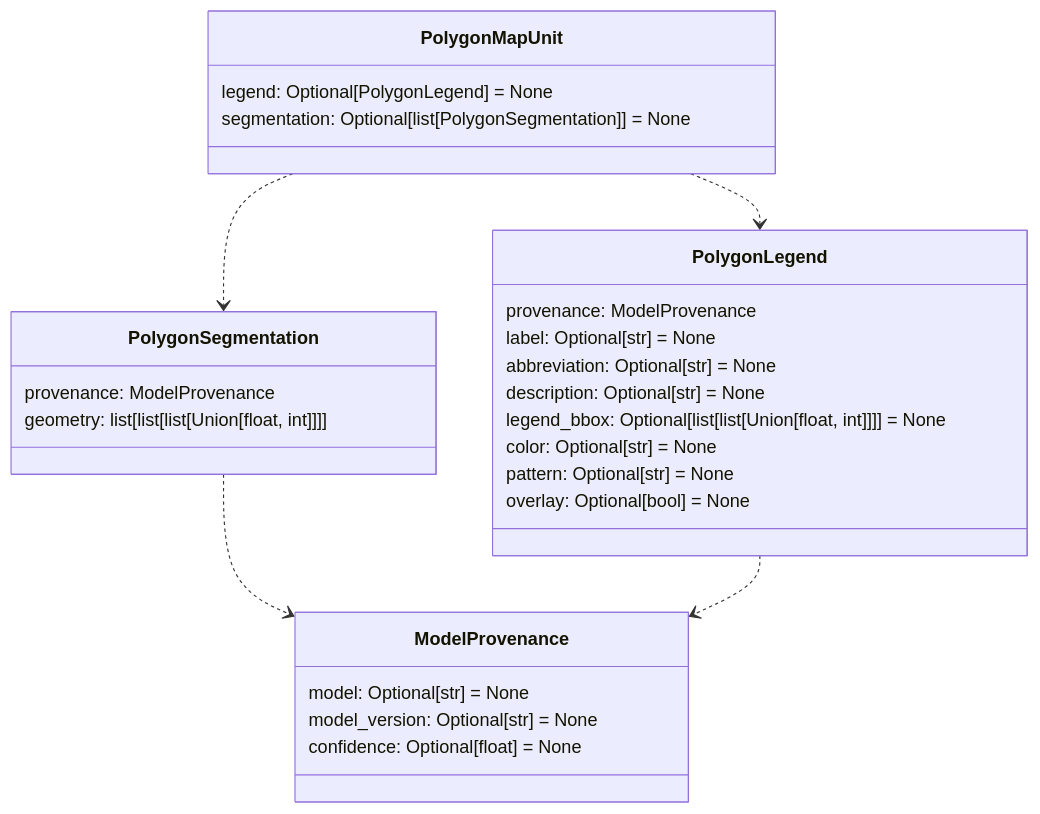
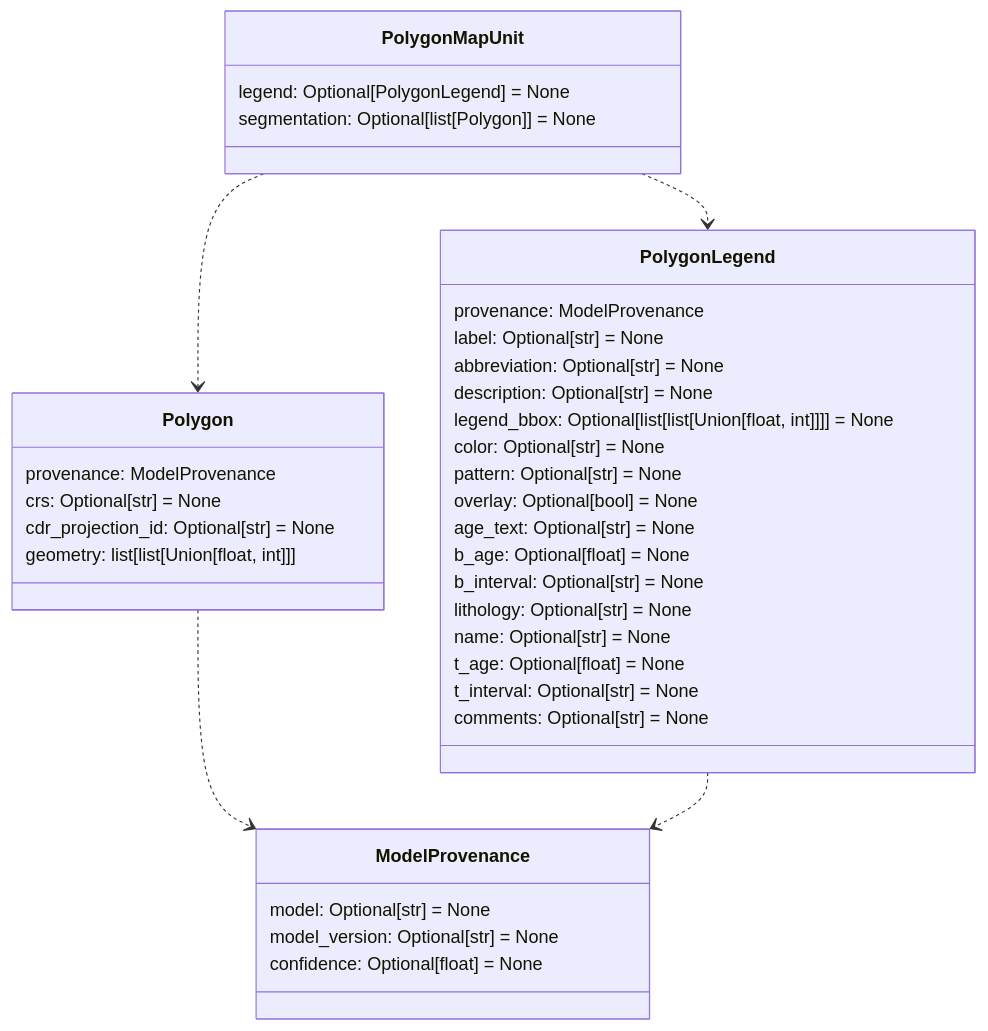
One commit to DARPA-CRITICALMAAS/cdr_schemas changed the seventh of 12 diagrams in README.md. Above: the diagram before and after it, drawn with Mermaid. The commit also changed other lines of this file and 1 other file, not shown here.

Commit message:
Updated suggestions from comments on monday meeting

````diff
--- a/README.md
+++ b/README.md
@@ -479,37 +479,47 @@
 ```mermaid
 classDiagram
 
+    class Polygon {
+        provenance: ModelProvenance
+        crs: Optional[str] = None
+        cdr_projection_id: Optional[str] = None
+        geometry: list[list[Union[float, int]]]
+    }
+
     class PolygonMapUnit {
         legend: Optional[PolygonLegend] = None
-        segmentation: Optional[list[PolygonSegmentation]] = None
+        segmentation: Optional[list[Polygon]] = None
     }
 
-    class PolygonSegmentation {
-        provenance: ModelProvenance
-        geometry: list[list[list[Union[float, int]]]]
+    class ModelProvenance {
+        model: Optional[str] = None
+        model_version: Optional[str] = None
+        confidence: Optional[float] = None
     }
 
     class PolygonLegend {
         provenance: ModelProvenance
         label: Optional[str] = None
         abbreviation: Optional[str] = None
         description: Optional[str] = None
         legend_bbox: Optional[list[list[Union[float, int]]]] = None
         color: Optional[str] = None
         pattern: Optional[str] = None
         overlay: Optional[bool] = None
+        age_text: Optional[str] = None
+        b_age: Optional[float] = None
+        b_interval: Optional[str] = None
+        lithology: Optional[str] = None
+        name: Optional[str] = None
+        t_age: Optional[float] = None
+        t_interval: Optional[str] = None
+        comments: Optional[str] = None
     }
 
-    class ModelProvenance {
-        model: Optional[str] = None
-        model_version: Optional[str] = None
-        confidence: Optional[float] = None
-    }
-
-    PolygonSegmentation ..> ModelProvenance
+    Polygon ..> ModelProvenance
     PolygonLegend ..> ModelProvenance
-    PolygonMapUnit ..> PolygonSegmentation
+    PolygonMapUnit ..> Polygon
     PolygonMapUnit ..> PolygonLegend
 
 
 ```
````
